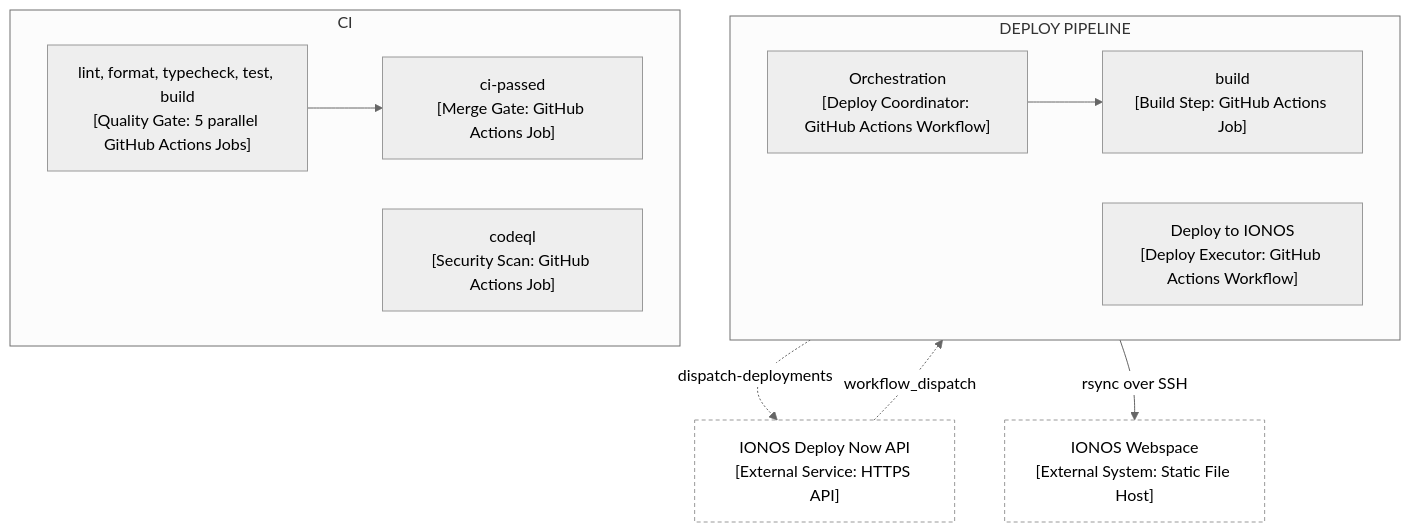
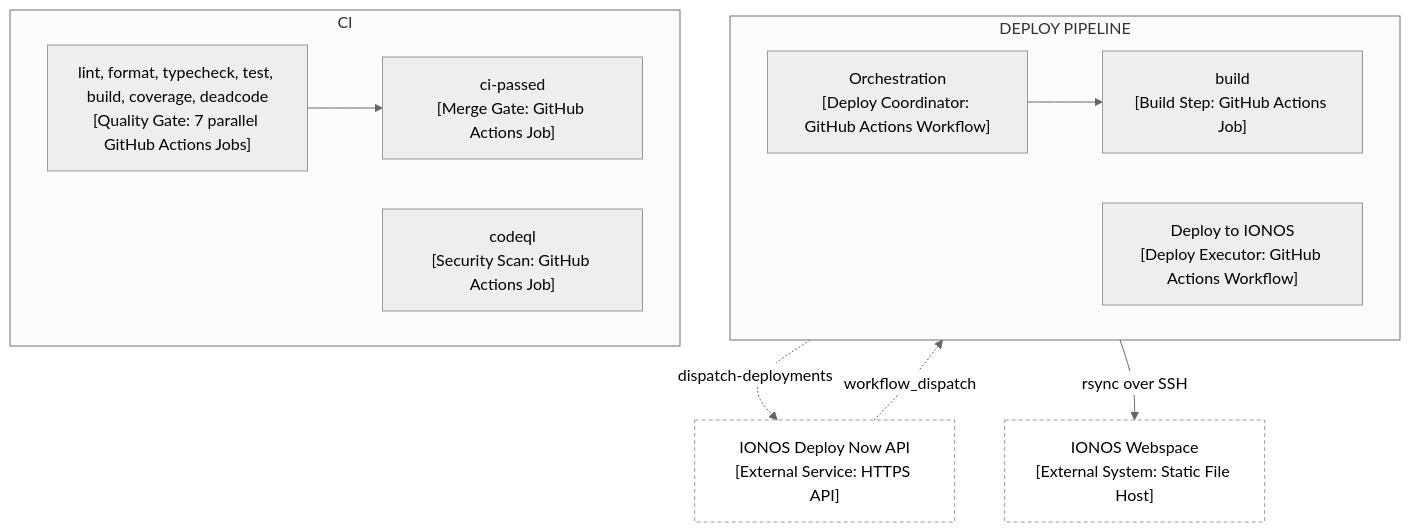
One commit to cfisch3r/estimate changed the first of 3 diagrams in docs/runbook.md. Above: the diagram before and after it, drawn with Mermaid (neutral theme). The commit also changed other lines of this file and 1 other file, not shown here.

First line of the commit message:
docs: fix doc-review findings for the new CI coverage/deadcode gates

````diff
--- a/docs/runbook.md
+++ b/docs/runbook.md
@@ -13,27 +13,27 @@
 ```mermaid
 flowchart TB
   subgraph DEPLOY["DEPLOY PIPELINE"]
     direction LR
     Orch["Orchestration<br/>[Deploy Coordinator: GitHub Actions Workflow]"]
     BuildJob["build<br/>[Build Step: GitHub Actions Job]"]
     DeployWf["Deploy to IONOS<br/>[Deploy Executor: GitHub Actions Workflow]"]
     Orch --> BuildJob
   end
 
   subgraph CIL["CI"]
     direction LR
-    Gates["lint, format, typecheck, test, build<br/>[Quality Gate: 5 parallel GitHub Actions Jobs]"]
+    Gates["lint, format, typecheck, test, build, coverage, deadcode<br/>[Quality Gate: 7 parallel GitHub Actions Jobs]"]
     Passed["ci-passed<br/>[Merge Gate: GitHub Actions Job]"]
     CodeQL["codeql<br/>[Security Scan: GitHub Actions Job]"]
     Gates --> Passed
   end
 
   IonosAPI["IONOS Deploy Now API<br/>[External Service: HTTPS API]"]:::external
   Webspace["IONOS Webspace<br/>[External System: Static File Host]"]:::external
 
   BuildJob -.->|dispatch-deployments| IonosAPI
   IonosAPI -.->|workflow_dispatch| DeployWf
   DeployWf -->|rsync over SSH| Webspace
 
   classDef external fill:transparent,stroke-dasharray: 4 3
 ```
````
